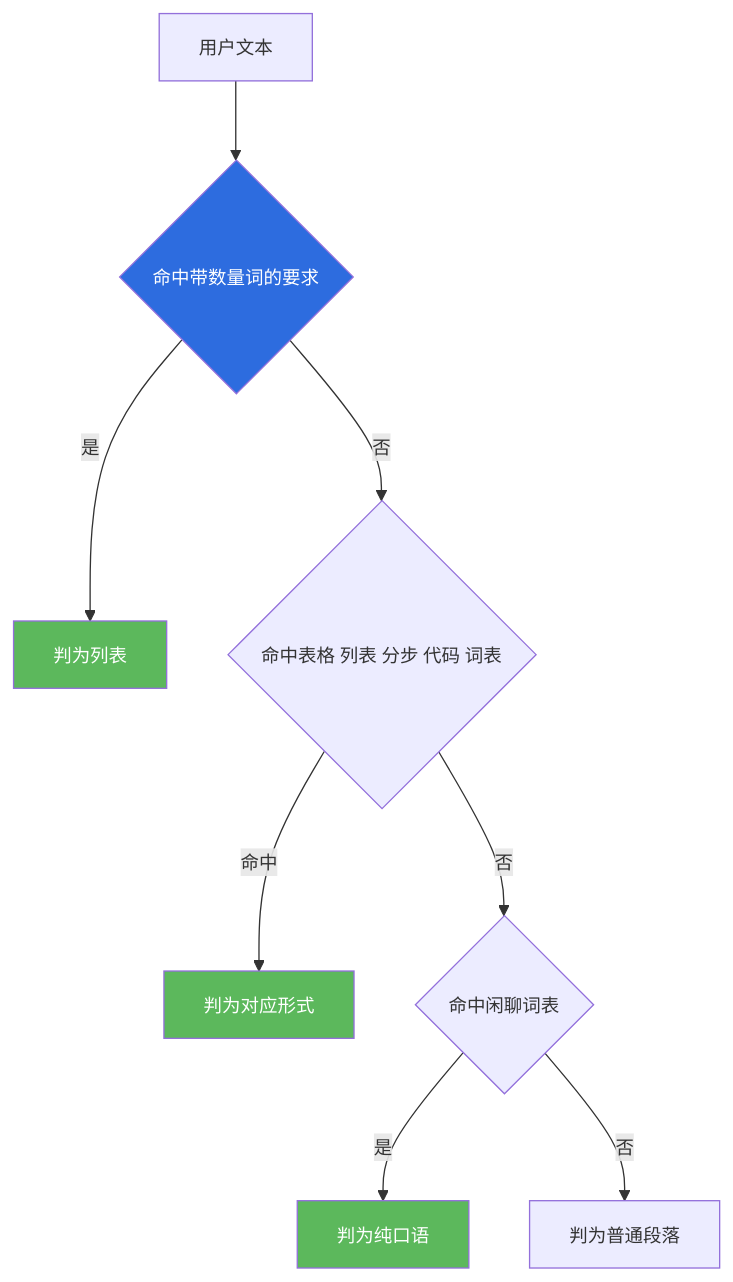
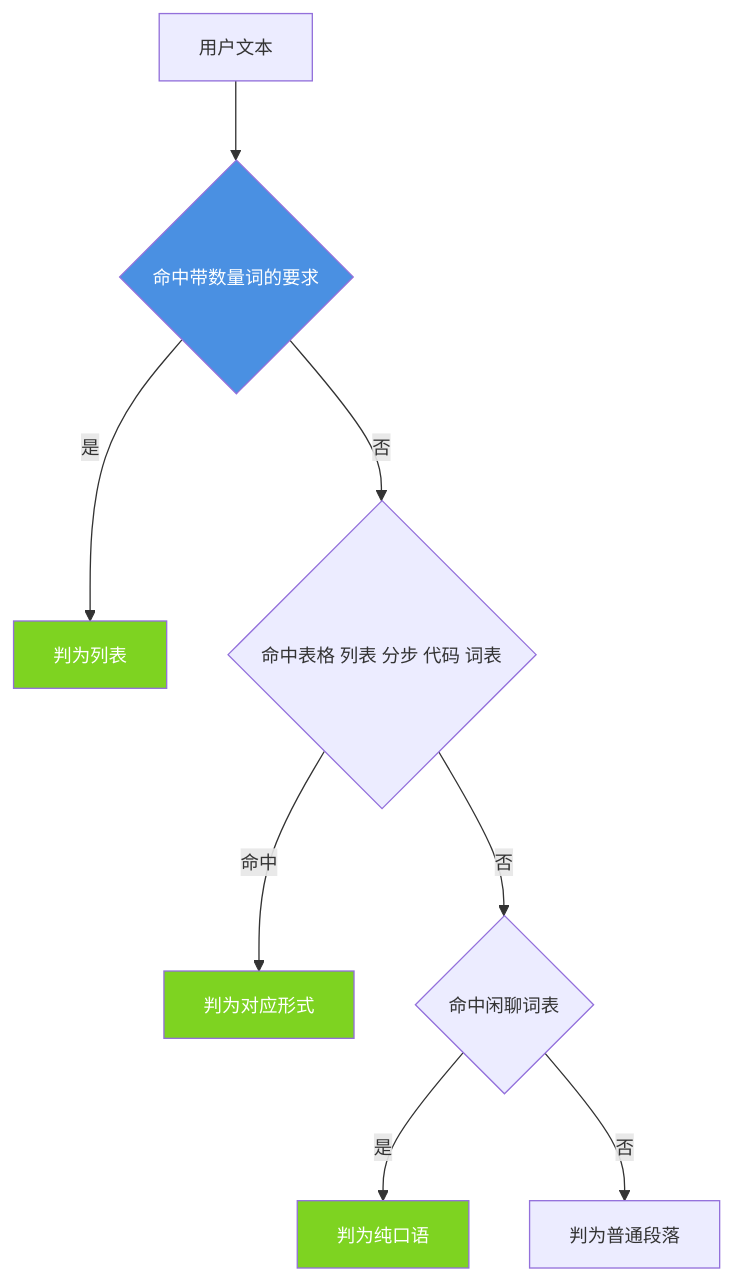
The second of 4 diagrams in docs/modules/09-persona.md (jiangchuangege/xiaojiao-harnees), drawn with Mermaid before and after one commit. The commit also changed other lines of this file and 32 other files, not shown here.

Commit message:
统一：全仓原理图配色到一套调色板 + 给 12 张灰图补色 + 修正自己会睡那张过期图

````diff
--- a/docs/modules/09-persona.md
+++ b/docs/modules/09-persona.md
@@ -105,16 +105,16 @@
 ```mermaid
 %%{init: {"themeVariables": {"fontSize": "14px"}, "flowchart": {"htmlLabels": true, "wrappingWidth": 330, "nodeSpacing": 46, "rankSpacing": 60, "useMaxWidth": true}}}%%
 flowchart TB
     Q["用户文本"] --> R{"命中带数量词的要求"}
     R -->|"是"| L["判为列表"]
     R -->|"否"| W{"命中表格 列表 分步 代码 词表"}
     W -->|"命中"| F1["判为对应形式"]
     W -->|"否"| C{"命中闲聊词表"}
     C -->|"是"| CH["判为纯口语"]
     C -->|"否"| PR["判为普通段落"]
 
-    style R fill:#2d6cdf,color:#fff
-    style F1 fill:#5cb85c,color:#fff
-    style CH fill:#5cb85c,color:#fff
-    style L fill:#5cb85c,color:#fff
+    style R fill:#4A90E2,color:#fff
+    style F1 fill:#7ED321,color:#fff
+    style CH fill:#7ED321,color:#fff
+    style L fill:#7ED321,color:#fff
 ```
````
